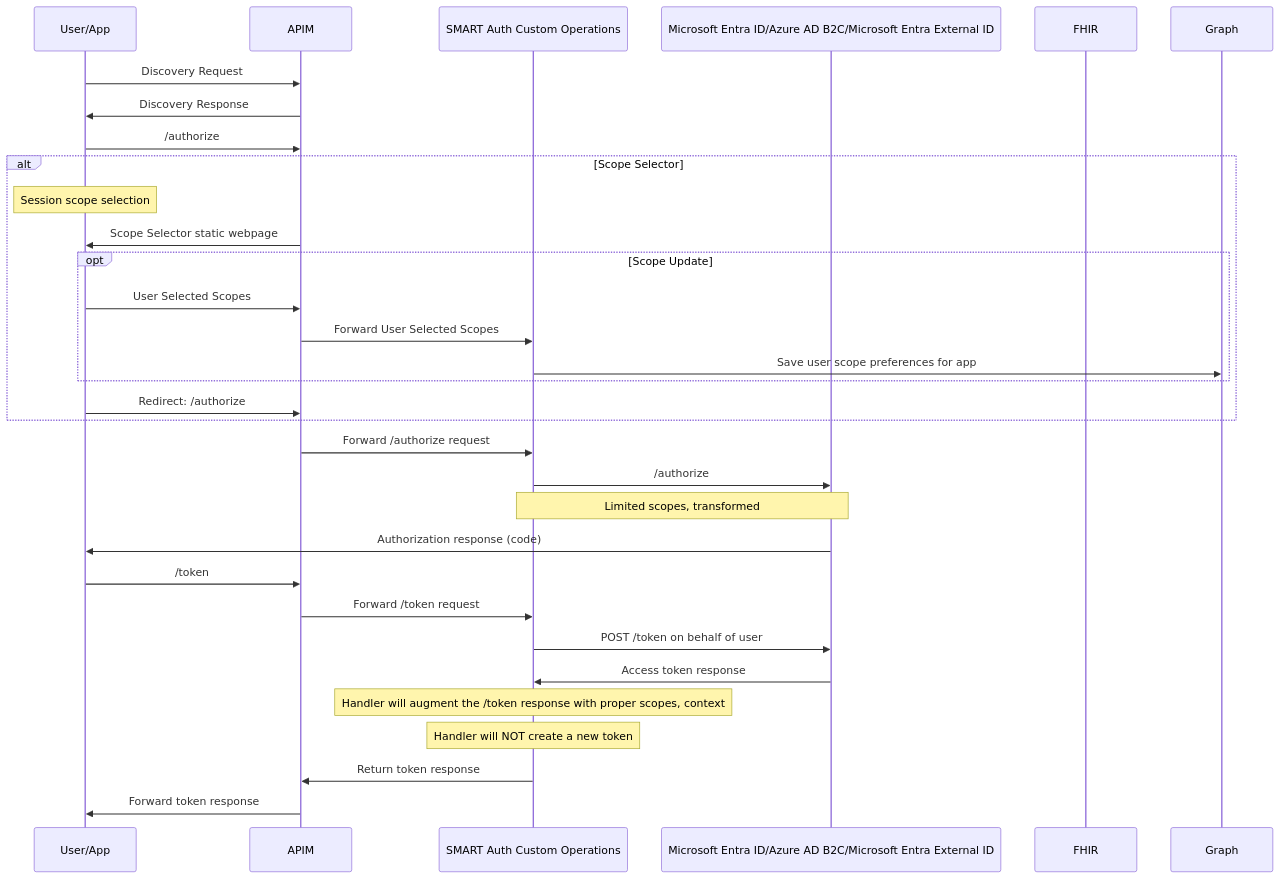
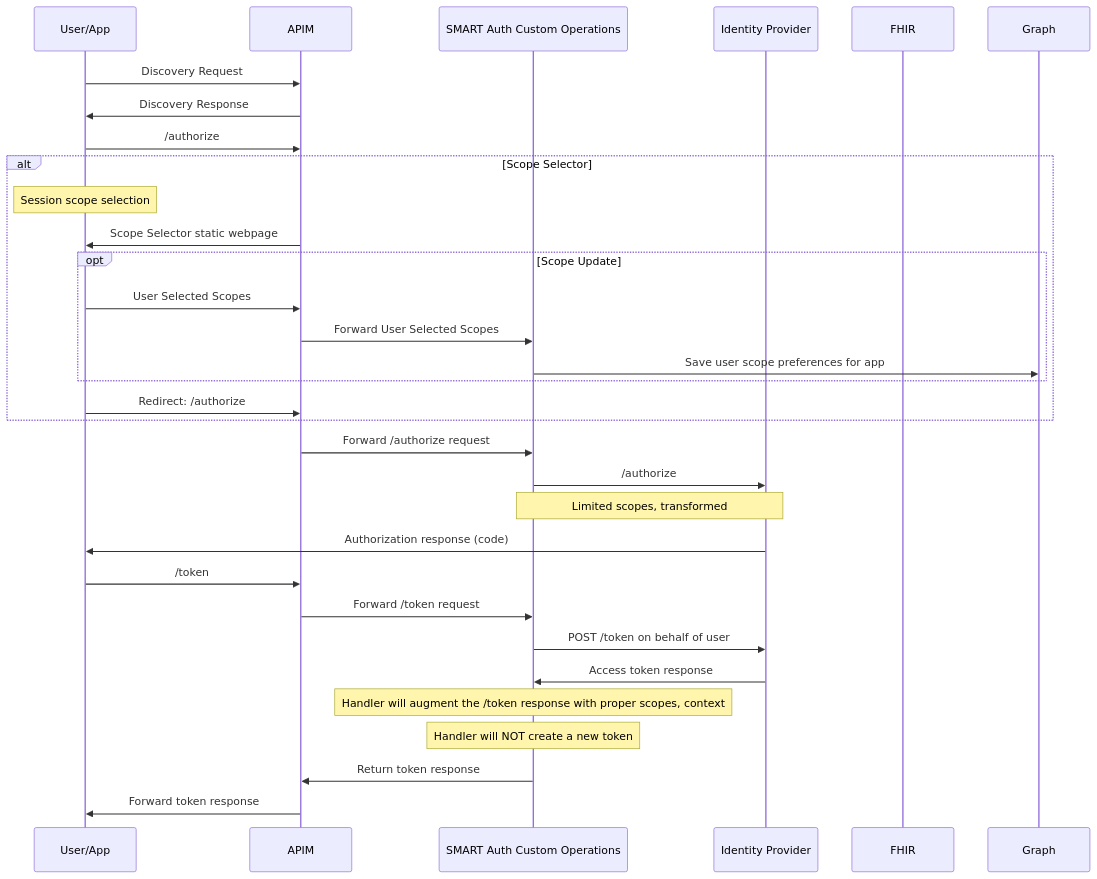
One commit to Azure-Samples/azure-health-data-and-ai-samples changed the third of 3 diagrams in samples/smartonfhir/docs/technical-guide.md. Above: the diagram before and after it, drawn with Mermaid. The commit also changed other lines of this file and 7 other files, not shown here.

Commit message:
Document refactoring for Entra External ID Implementation

````diff
--- a/samples/smartonfhir/docs/technical-guide.md
+++ b/samples/smartonfhir/docs/technical-guide.md
@@ -104,36 +104,36 @@
 ```mermaid
   sequenceDiagram
     participant User/App
     participant APIM
     participant SMART Auth Custom Operations
-    participant Microsoft Entra ID/Azure AD B2C/Microsoft Entra External ID
+    participant Identity Provider
     participant FHIR
     participant Graph
     User/App ->> APIM: Discovery Request
     APIM ->> User/App: Discovery Response
     User/App ->> APIM: /authorize
     alt Scope Selector
         note over User/App: Session scope selection
         APIM ->> User/App: Scope Selector static webpage
         opt Scope Update
             User/App ->> APIM: User Selected Scopes
             APIM ->> SMART Auth Custom Operations:  Forward User Selected Scopes
             SMART Auth Custom Operations ->> Graph: Save user scope preferences for app
         end
         
         User/App ->> APIM: Redirect: /authorize        
     end
 
     APIM ->> SMART Auth Custom Operations: Forward /authorize request    
-    SMART Auth Custom Operations ->> Microsoft Entra ID/Azure AD B2C/Microsoft Entra External ID: /authorize
-    note over SMART Auth Custom Operations, Microsoft Entra ID/Azure AD B2C/Microsoft Entra External ID: Limited scopes, transformed
-    Microsoft Entra ID/Azure AD B2C/Microsoft Entra External ID ->> User/App: Authorization response (code)
+    SMART Auth Custom Operations ->> Identity Provider: /authorize
+    note over SMART Auth Custom Operations, Identity Provider: Limited scopes, transformed
+    Identity Provider ->> User/App: Authorization response (code)
     User/App ->> APIM: /token
     APIM ->> SMART Auth Custom Operations: Forward /token request
-    SMART Auth Custom Operations ->> Microsoft Entra ID/Azure AD B2C/Microsoft Entra External ID: POST /token on behalf of user
-    Microsoft Entra ID/Azure AD B2C/Microsoft Entra External ID ->> SMART Auth Custom Operations: Access token response
+    SMART Auth Custom Operations ->> Identity Provider: POST /token on behalf of user
+    Identity Provider ->> SMART Auth Custom Operations: Access token response
     note over SMART Auth Custom Operations: Handler will augment the /token response with proper scopes, context
     note over SMART Auth Custom Operations: Handler will NOT create a new token
     SMART Auth Custom Operations ->> APIM: Return token response
     APIM ->> User/App: Forward token response
 ```
````
